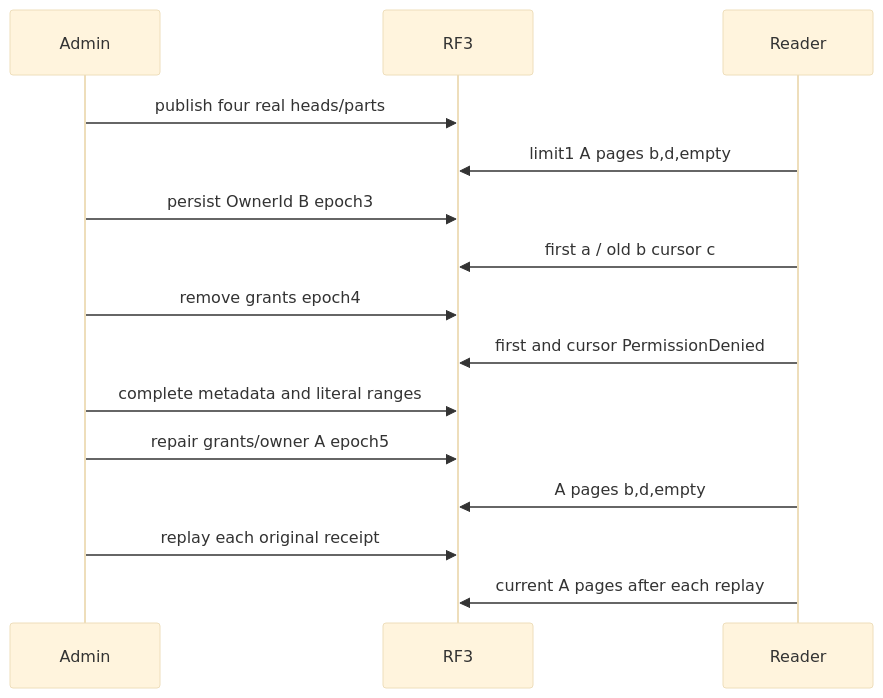
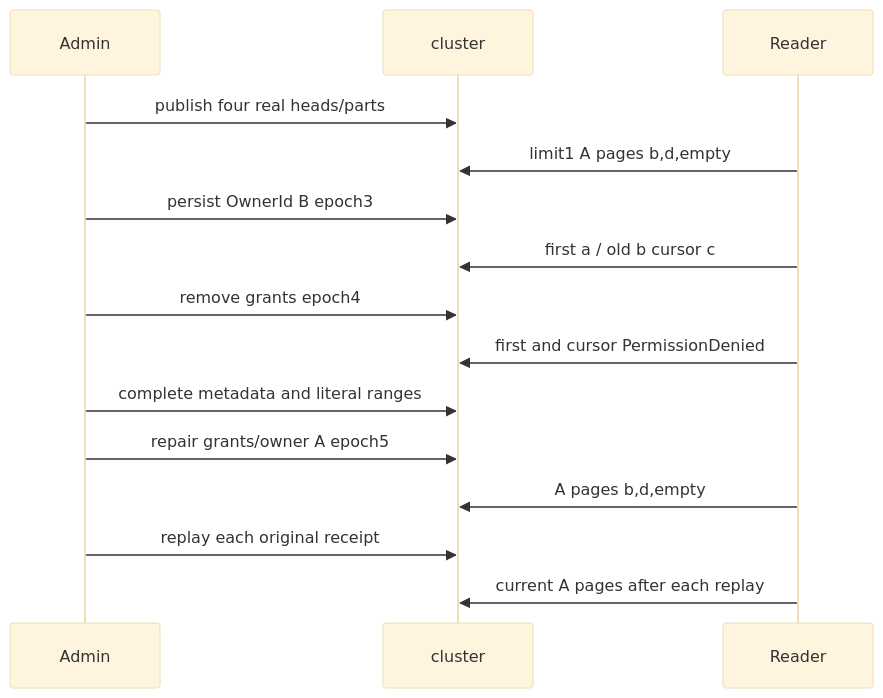
The diagram in docs/Features/BlobStorage/PublicListRowPolicy.md (managedcode/KeyLoad), drawn with Mermaid (base theme) before and after one commit. The commit also changed other lines of this file and 7356 other files, not shown here.

````diff
--- a/docs/Features/BlobStorage/PublicListRowPolicy.md
+++ b/docs/Features/BlobStorage/PublicListRowPolicy.md
@@ -9,14 +9,14 @@
 ```mermaid
 sequenceDiagram
- Admin->>RF3: publish four real heads/parts
- Reader->>RF3: limit1 A pages b,d,empty
- Admin->>RF3: persist OwnerId B epoch3
- Reader->>RF3: first a / old b cursor c
- Admin->>RF3: remove grants epoch4
- Reader->>RF3: first and cursor PermissionDenied
- Admin->>RF3: complete metadata and literal ranges
- Admin->>RF3: repair grants/owner A epoch5
- Reader->>RF3: A pages b,d,empty
- Admin->>RF3: replay each original receipt
- Reader->>RF3: current A pages after each replay
+ Admin->>cluster: publish four real heads/parts
+ Reader->>cluster: limit1 A pages b,d,empty
+ Admin->>cluster: persist OwnerId B epoch3
+ Reader->>cluster: first a / old b cursor c
+ Admin->>cluster: remove grants epoch4
+ Reader->>cluster: first and cursor PermissionDenied
+ Admin->>cluster: complete metadata and literal ranges
+ Admin->>cluster: repair grants/owner A epoch5
+ Reader->>cluster: A pages b,d,empty
+ Admin->>cluster: replay each original receipt
+ Reader->>cluster: current A pages after each replay
 ```
````
